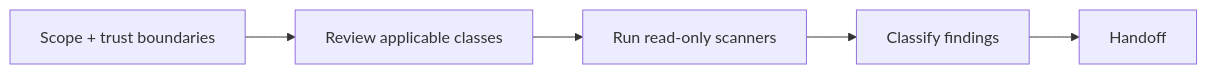
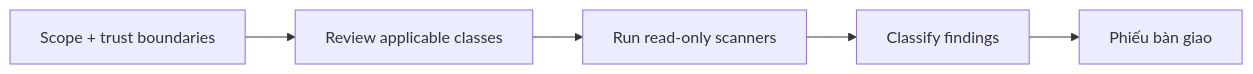
One commit to Tuan-Quyen/technical-teams changed the diagram in agents/security.md. Above: the diagram before and after it, drawn with Mermaid. The commit also changed other lines of this file and 46 other files, not shown here.

````diff
--- a/agents/security.md
+++ b/agents/security.md
@@ -24,7 +25,7 @@
 ```mermaid
 flowchart LR
   A[Scope + trust boundaries] --> B[Review applicable classes]
   B --> C[Run read-only scanners]
   C --> D[Classify findings]
-  D --> E[Handoff]
+  D --> E[Phiếu bàn giao]
 ```
````
